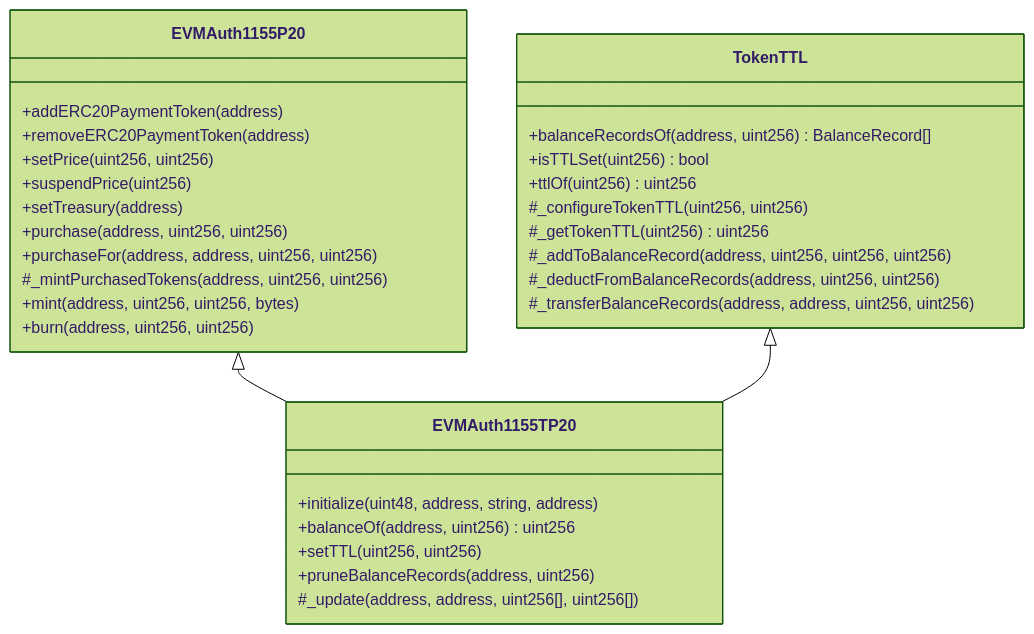
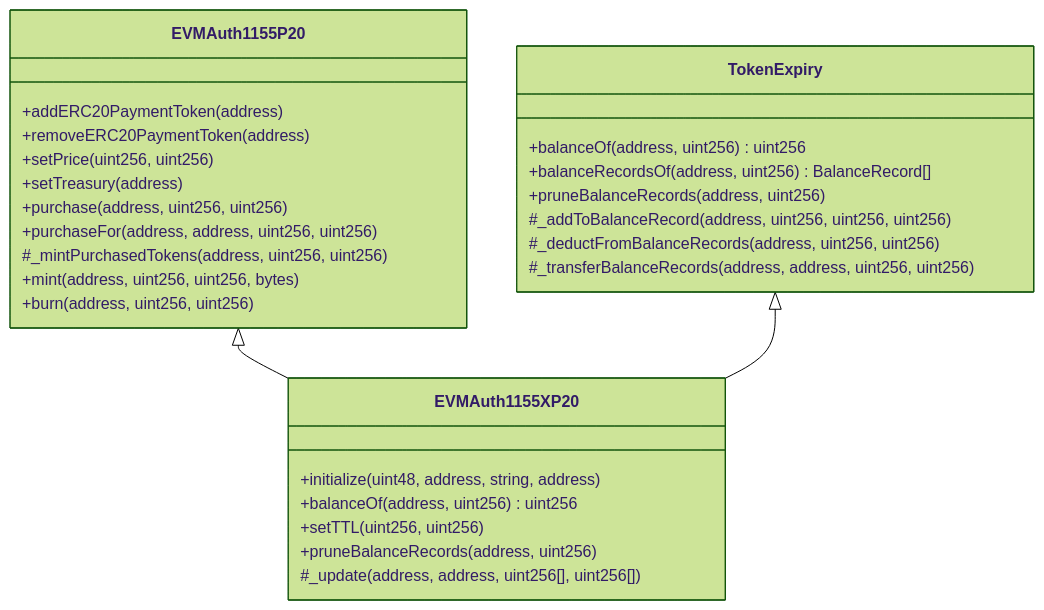
Diagram 12 of 18 in src/README.md (glanzz/evmauth-core), drawn with Mermaid (forest theme) before and after one commit. The commit also changed other lines of this file and 28 other files, not shown here.

````diff
--- a/src/README.md
+++ b/src/README.md
@@ -650,35 +603,32 @@
 ```mermaid
 classDiagram
     class EVMAuth1155P20{
         +addERC20PaymentToken(address)
         +removeERC20PaymentToken(address)
         +setPrice(uint256, uint256)
-        +suspendPrice(uint256)
         +setTreasury(address)
         +purchase(address, uint256, uint256)
         +purchaseFor(address, address, uint256, uint256)
         #_mintPurchasedTokens(address, uint256, uint256)
         +mint(address, uint256, uint256, bytes)
         +burn(address, uint256, uint256)
     }
-    class TokenTTL{
+    class TokenExpiry{
+        +balanceOf(address, uint256) uint256
         +balanceRecordsOf(address, uint256) BalanceRecord[]
-        +isTTLSet(uint256) bool
-        +ttlOf(uint256) uint256
-        #_configureTokenTTL(uint256, uint256)
-        #_getTokenTTL(uint256) uint256
+        +pruneBalanceRecords(address, uint256)
         #_addToBalanceRecord(address, uint256, uint256, uint256)
         #_deductFromBalanceRecords(address, uint256, uint256)
         #_transferBalanceRecords(address, address, uint256, uint256)
     }
-    class EVMAuth1155TP20{
+    class EVMAuth1155XP20{
         +initialize(uint48, address, string, address)
         +balanceOf(address, uint256) uint256
         +setTTL(uint256, uint256)
         +pruneBalanceRecords(address, uint256)
         #_update(address, address, uint256[], uint256[])
     }
     
-    EVMAuth1155P20 <|-- EVMAuth1155TP20
-    TokenTTL <|-- EVMAuth1155TP20
+    EVMAuth1155P20 <|-- EVMAuth1155XP20
+    TokenExpiry <|-- EVMAuth1155XP20
 ```
````
